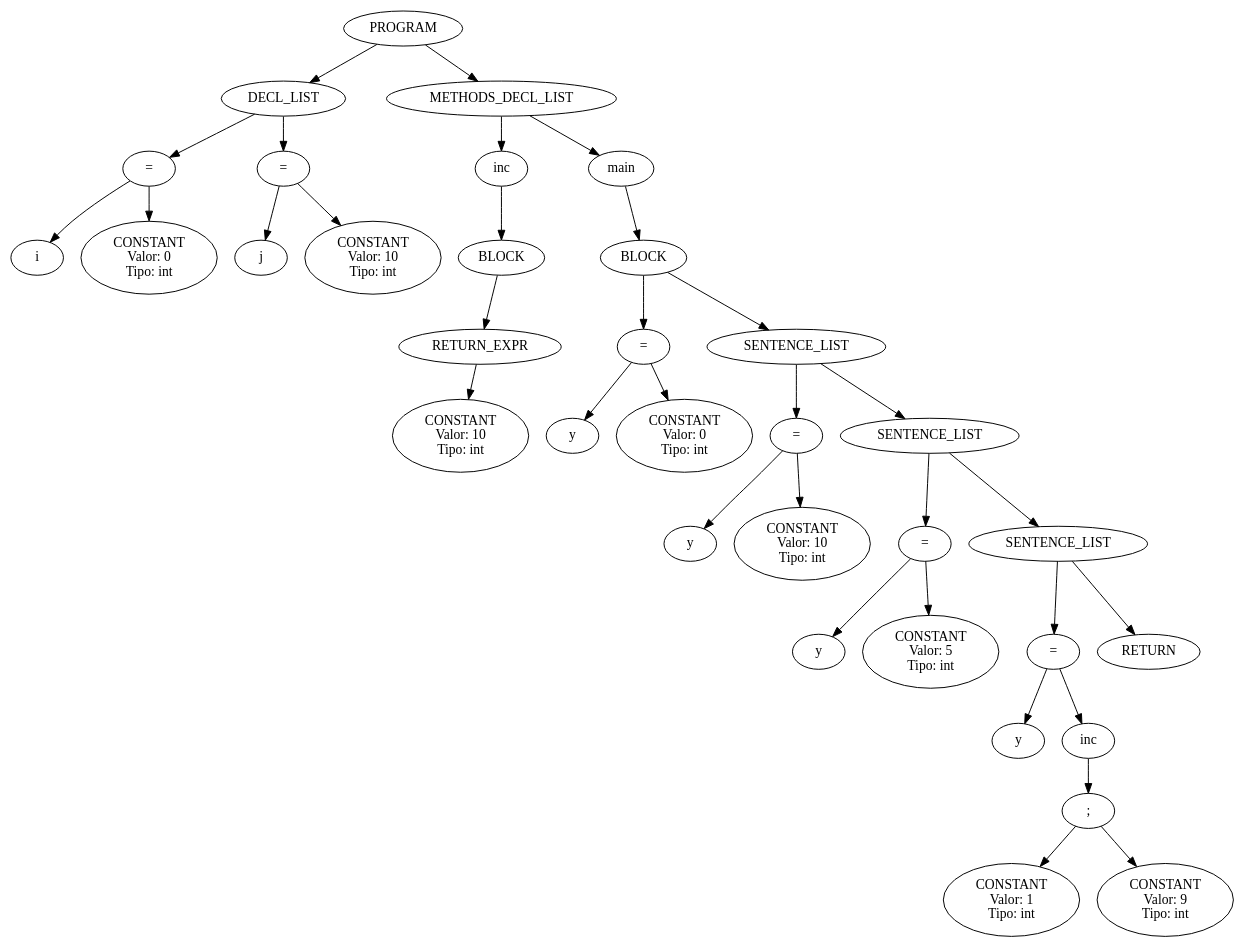
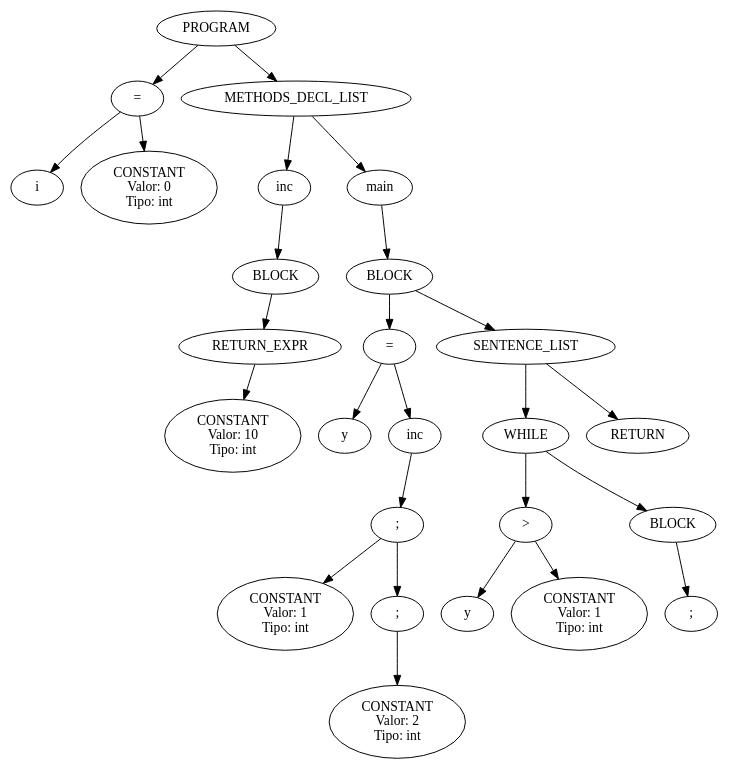
The diagram in ast.dot (LucioMansilla/loopi_compiler), drawn with Graphviz before and after one commit. The commit also changed 14 other files, not shown here.

```diff
--- a/ast.dot
+++ b/ast.dot
@@ -1,69 +1,53 @@
 digraph AST {
   0 [label="PROGRAM"];
-  1 [label="DECL_LIST"];
-  2 [label="="];
-  3 [label="i"];
-  2 -> 3;
-  4 [label="CONSTANT\nValor: 0\nTipo: int"];
-  2 -> 4;
+  1 [label="="];
+  2 [label="i"];
   1 -> 2;
-  5 [label="="];
-  6 [label="j"];
+  3 [label="CONSTANT\nValor: 0\nTipo: int"];
+  1 -> 3;
+  0 -> 1;
+  4 [label="METHODS_DECL_LIST"];
+  5 [label="inc"];
+  6 [label="BLOCK"];
+  7 [label="RETURN_EXPR"];
+  8 [label="CONSTANT\nValor: 10\nTipo: int"];
+  7 -> 8;
+  6 -> 7;
   5 -> 6;
-  7 [label="CONSTANT\nValor: 10\nTipo: int"];
-  5 -> 7;
-  1 -> 5;
-  0 -> 1;
-  8 [label="METHODS_DECL_LIST"];
-  9 [label="inc"];
+  4 -> 5;
+  9 [label="main"];
   10 [label="BLOCK"];
-  11 [label="RETURN_EXPR"];
-  12 [label="CONSTANT\nValor: 10\nTipo: int"];
+  11 [label="="];
+  12 [label="y"];
   11 -> 12;
+  13 [label="inc"];
+  14 [label=";"];
+  15 [label="CONSTANT\nValor: 1\nTipo: int"];
+  14 -> 15;
+  16 [label=";"];
+  17 [label="CONSTANT\nValor: 2\nTipo: int"];
+  16 -> 17;
+  14 -> 16;
+  13 -> 14;
+  11 -> 13;
   10 -> 11;
+  18 [label="SENTENCE_LIST"];
+  19 [label="WHILE"];
+  20 [label=">"];
+  21 [label="y"];
+  20 -> 21;
+  22 [label="CONSTANT\nValor: 1\nTipo: int"];
+  20 -> 22;
+  19 -> 20;
+  23 [label="BLOCK"];
+  24 [label=" ; "];
+  23 -> 24;
+  19 -> 23;
+  18 -> 19;
+  25 [label="RETURN"];
+  18 -> 25;
+  10 -> 18;
   9 -> 10;
-  8 -> 9;
-  13 [label="main"];
-  14 [label="BLOCK"];
-  15 [label="="];
-  16 [label="y"];
-  15 -> 16;
-  17 [label="CONSTANT\nValor: 0\nTipo: int"];
-  15 -> 17;
-  14 -> 15;
-  18 [label="SENTENCE_LIST"];
-  19 [label="="];
-  20 [label="y"];
-  19 -> 20;
-  21 [label="CONSTANT\nValor: 10\nTipo: int"];
-  19 -> 21;
-  18 -> 19;
-  22 [label="SENTENCE_LIST"];
-  23 [label="="];
-  24 [label="y"];
-  23 -> 24;
-  25 [label="CONSTANT\nValor: 5\nTipo: int"];
-  23 -> 25;
-  22 -> 23;
-  26 [label="SENTENCE_LIST"];
-  27 [label="="];
-  28 [label="y"];
-  27 -> 28;
-  29 [label="inc"];
-  30 [label=";"];
-  31 [label="CONSTANT\nValor: 1\nTipo: int"];
-  30 -> 31;
-  32 [label="CONSTANT\nValor: 9\nTipo: int"];
-  30 -> 32;
-  29 -> 30;
-  27 -> 29;
-  26 -> 27;
-  33 [label="RETURN"];
-  26 -> 33;
-  22 -> 26;
-  18 -> 22;
-  14 -> 18;
-  13 -> 14;
-  8 -> 13;
-  0 -> 8;
+  4 -> 9;
+  0 -> 4;
 }
```
